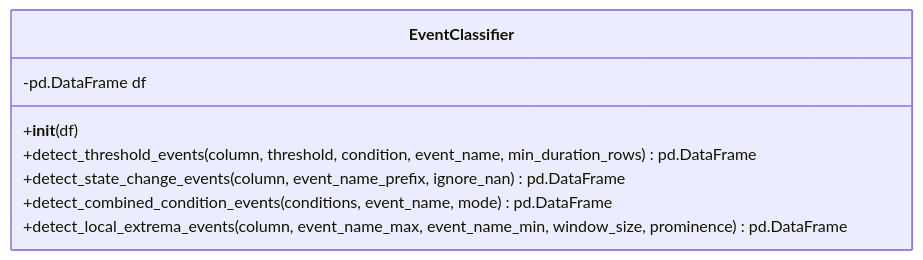
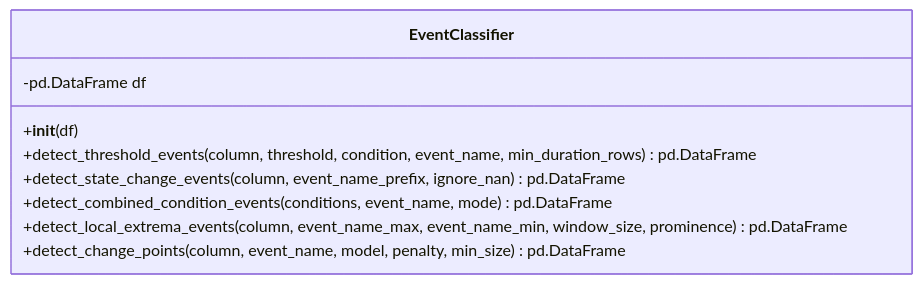
Before and after one commit to GarrettGruss/process-mining-demo: the third of 5 diagrams in examples/example_5/overview.md, drawn with Mermaid. The commit also changed other lines of this file, not shown here.

````diff
--- a/examples/example_5/overview.md
+++ b/examples/example_5/overview.md
@@ -42,11 +42,12 @@
 ```mermaid
 classDiagram
     class EventClassifier {
         -pd.DataFrame df
         +__init__(df)
         +detect_threshold_events(column, threshold, condition, event_name, min_duration_rows) pd.DataFrame
         +detect_state_change_events(column, event_name_prefix, ignore_nan) pd.DataFrame
         +detect_combined_condition_events(conditions, event_name, mode) pd.DataFrame
         +detect_local_extrema_events(column, event_name_max, event_name_min, window_size, prominence) pd.DataFrame
+        +detect_change_points(column, event_name, model, penalty, min_size) pd.DataFrame
     }
 ```
````
